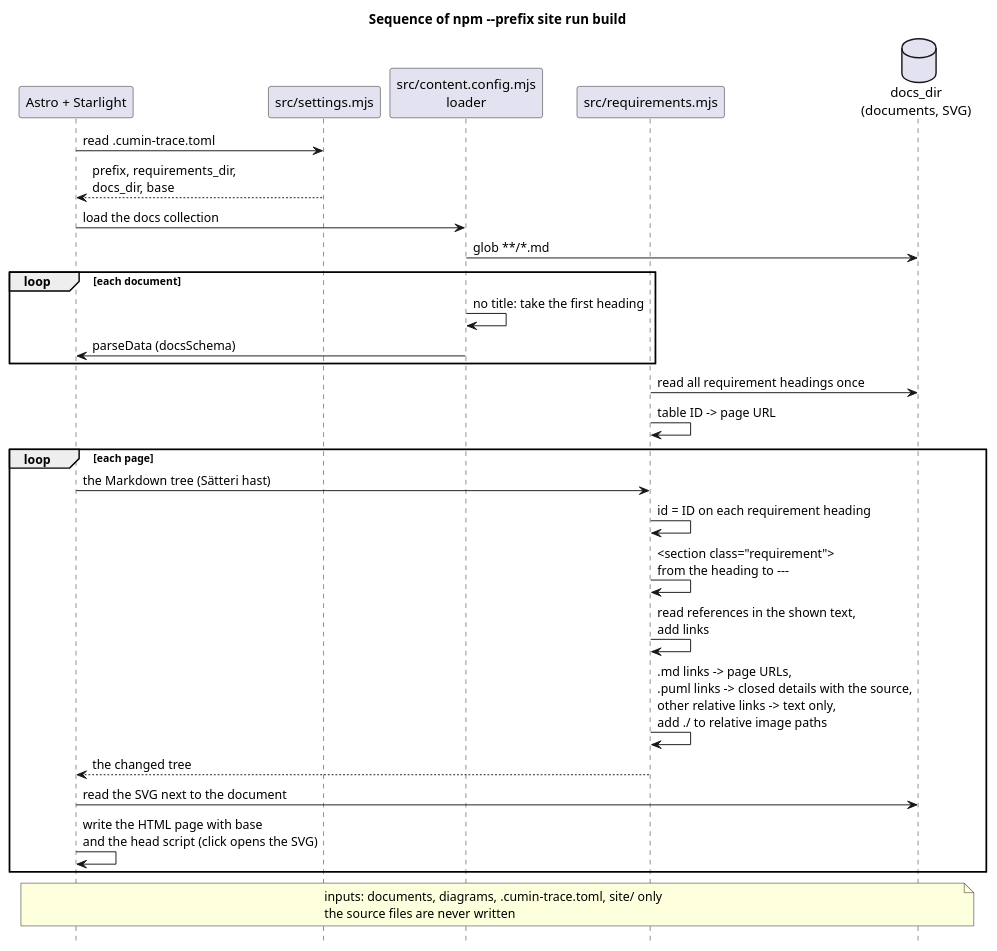
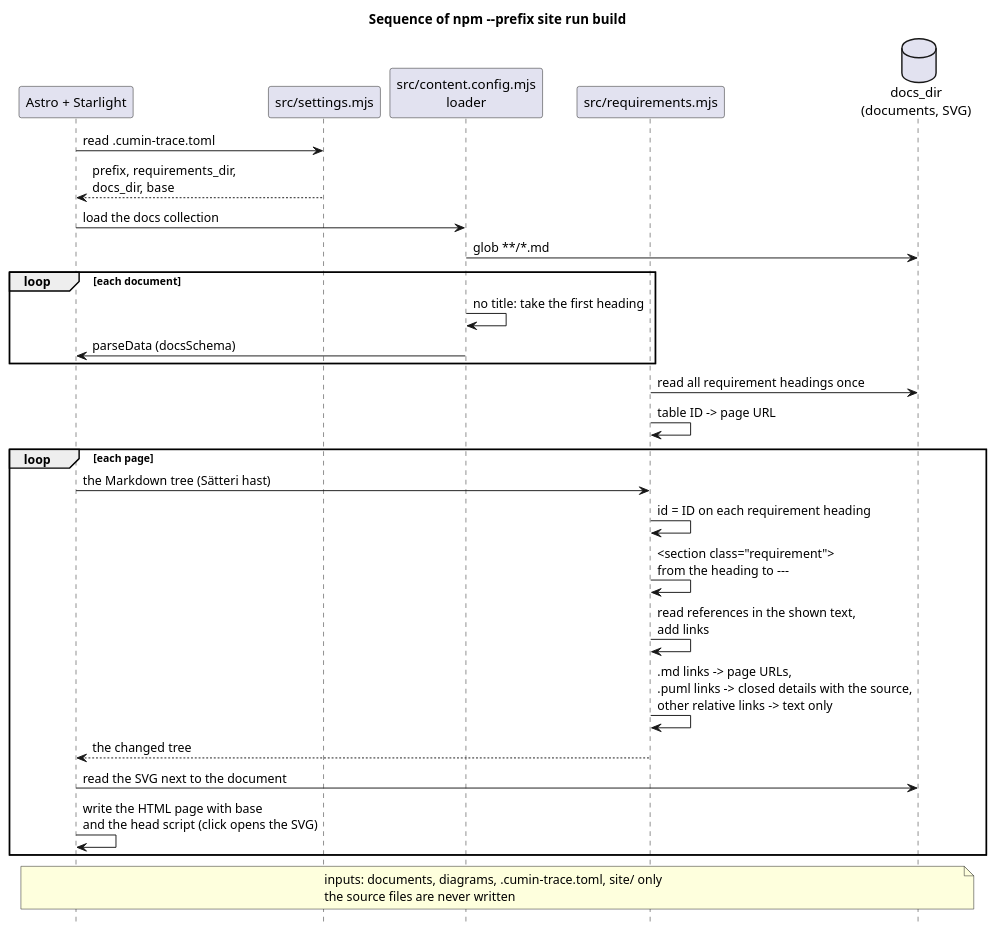
The diagram in docs/ja/designs/site/site-sequence.puml (cloveclovedev/cumin-trace), drawn with PlantUML before and after one commit. The commit also changed 9 other files, not shown here.

First line of the commit message:
feat(site): show the SVG diagrams in the pages, and open a diagram on a click (#116)

```diff
--- a/docs/ja/designs/site/site-sequence.puml
+++ b/docs/ja/designs/site/site-sequence.puml
@@ -1,37 +1,37 @@
 @startuml site-sequence
 title Sequence of npm --prefix site run build
 skinparam shadowing false
 hide footbox
 
 participant "Astro + Starlight" as astro
 participant "src/settings.mjs" as settings
 participant "src/content.config.mjs\nloader" as loader
 participant "src/requirements.mjs" as remark
 database "docs_dir\n(documents, SVG)" as docs
 
 astro -> settings : read .cumin-trace.toml
 settings --> astro : prefix, requirements_dir,\ndocs_dir, base
 astro -> loader : load the docs collection
 loader -> docs : glob **/*.md
 loop each document
   loader -> loader : no title: take the first heading
   loader -> astro : parseData (docsSchema)
 end
 remark -> docs : read all requirement headings once
 remark -> remark : table ID -> page URL
 loop each page
   astro -> remark : the Markdown tree (Sätteri hast)
   remark -> remark : id = ID on each requirement heading
   remark -> remark : <section class="requirement">\nfrom the heading to ---
   remark -> remark : read references in the shown text,\nadd links
-  remark -> remark : .md links -> page URLs,\n.puml links -> closed details with the source,\nother relative links -> text only,\nadd ./ to relative image paths
+  remark -> remark : .md links -> page URLs,\n.puml links -> closed details with the source,\nother relative links -> text only
   remark --> astro : the changed tree
   astro -> docs : read the SVG next to the document
   astro -> astro : write the HTML page with base\nand the head script (click opens the SVG)
 end
 
 note over astro, docs
   inputs: documents, diagrams, .cumin-trace.toml, site/ only
   the source files are never written
 end note
 @enduml
```
